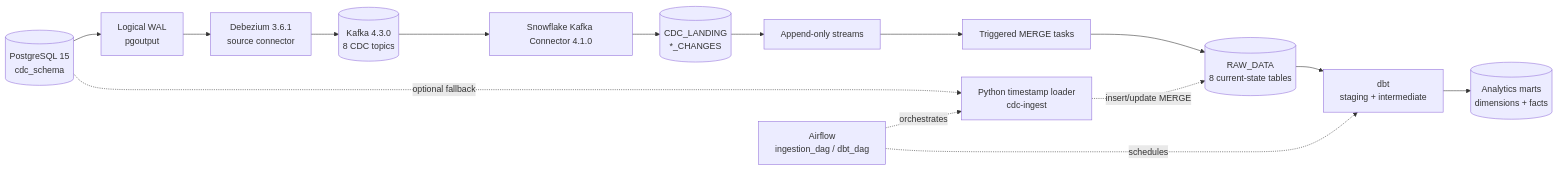
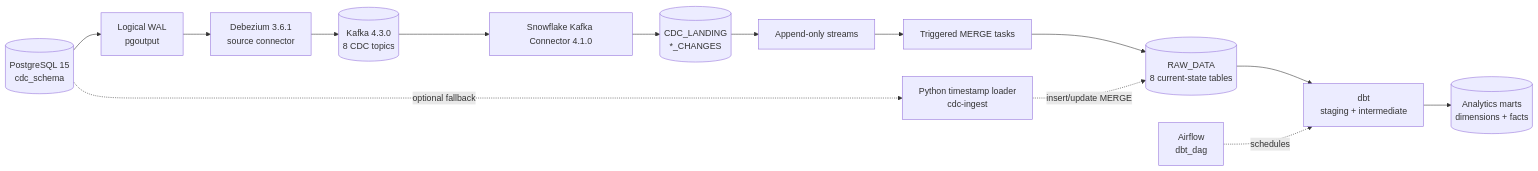
The diagram in README.md (saifallah1234/real-time-sales-analytics-pipeline), drawn with Mermaid before and after one commit. The commit also changed other lines of this file and 70 other files, not shown here.

````diff
--- a/README.md
+++ b/README.md
@@ -26,22 +26,21 @@
 ```mermaid
 flowchart LR
     PG[(PostgreSQL 15<br/>cdc_schema)]
     WAL[Logical WAL<br/>pgoutput]
     DBZ[Debezium 3.6.1<br/>source connector]
     K[(Kafka 4.3.0<br/>8 CDC topics)]
     SINK[Snowflake Kafka Connector 4.1.0]
     LAND[(CDC_LANDING<br/>*_CHANGES)]
     STREAM[Append-only streams]
     TASK[Triggered MERGE tasks]
     RAW[(RAW_DATA<br/>8 current-state tables)]
     DBT[dbt<br/>staging + intermediate]
     MART[(Analytics marts<br/>dimensions + facts)]
     POLL[Python timestamp loader<br/>cdc-ingest]
-    AIRFLOW[Airflow<br/>ingestion_dag / dbt_dag]
+    AIRFLOW[Airflow<br/>dbt_dag]
 
     PG --> WAL --> DBZ --> K --> SINK --> LAND --> STREAM --> TASK --> RAW
     RAW --> DBT --> MART
     PG -. optional fallback .-> POLL -. insert/update MERGE .-> RAW
-    AIRFLOW -. orchestrates .-> POLL
     AIRFLOW -. schedules .-> DBT
 ```
````
